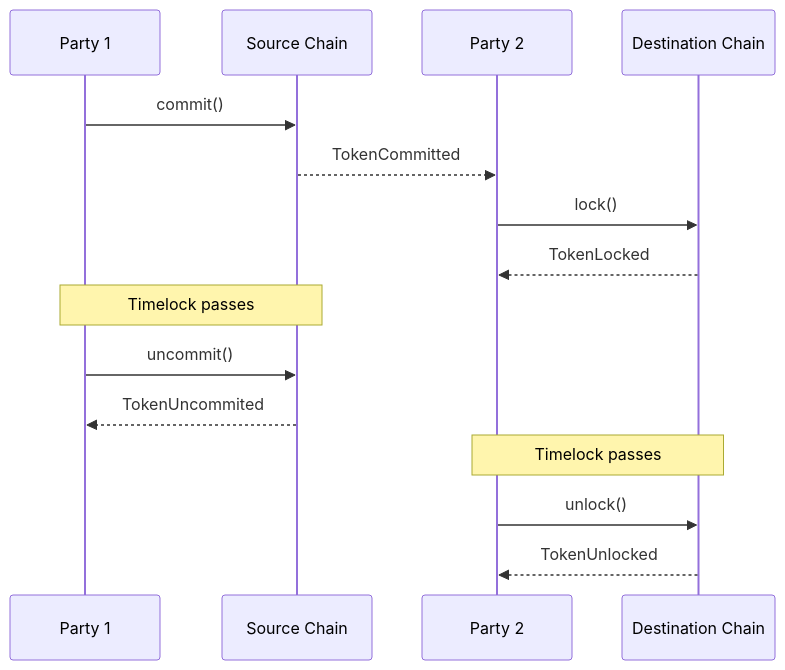
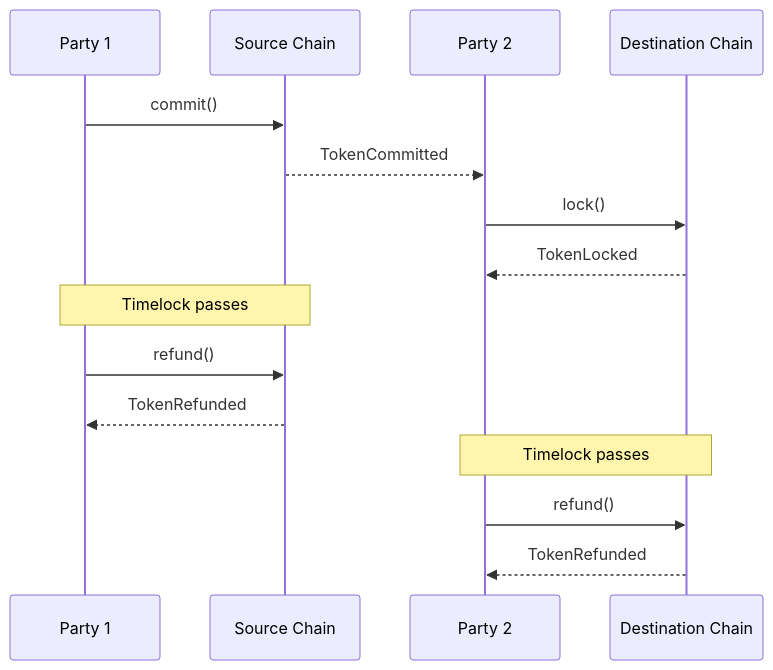
The third of 4 diagrams in protocol-spec/edge-cases.mdx (layerswap/layerswap-v8-docs), drawn with Mermaid before and after one commit. The commit also changed other lines of this file and 3 other files, not shown here.

````diff
--- a/protocol-spec/edge-cases.mdx
+++ b/protocol-spec/edge-cases.mdx
@@ -61,21 +61,21 @@
 ```mermaid
 sequenceDiagram
     participant P1 as Party 1
     participant SC as Source Chain
     participant P2 as Party 2
     participant DC as Destination Chain
 
 	
     P1->>SC: commit()
     SC-->>P2: TokenCommitted
     P2->>DC: lock()
     DC-->>P2: TokenLocked
     
     Note over P1,SC: Timelock passes
-    P1->>SC: uncommit()
-    SC-->>P1: TokenUncommited
+    P1->>SC: refund()
+    SC-->>P1: TokenRefunded
 		
 		Note over P2,DC: Timelock passes
-    P2->>DC: unlock()
-    DC-->>P2: TokenUnlocked
+    P2->>DC: refund()
+    DC-->>P2: TokenRefunded
 ```
````
